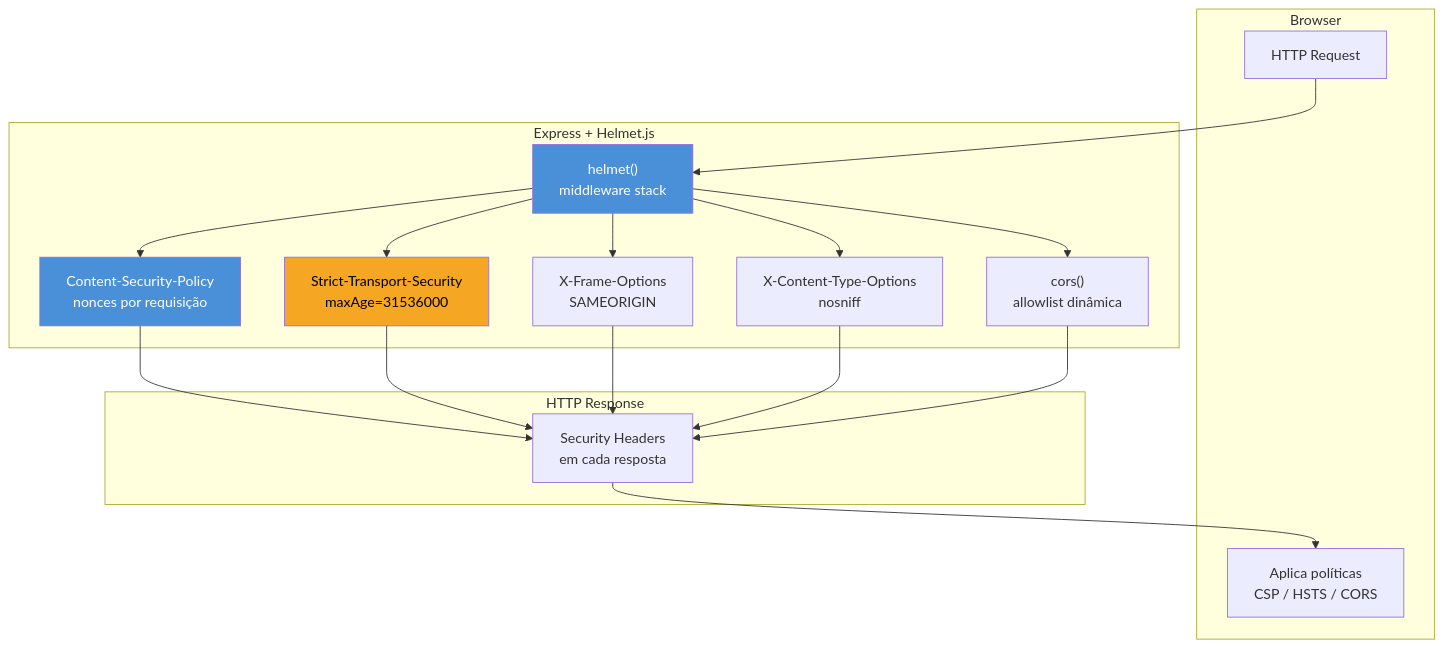
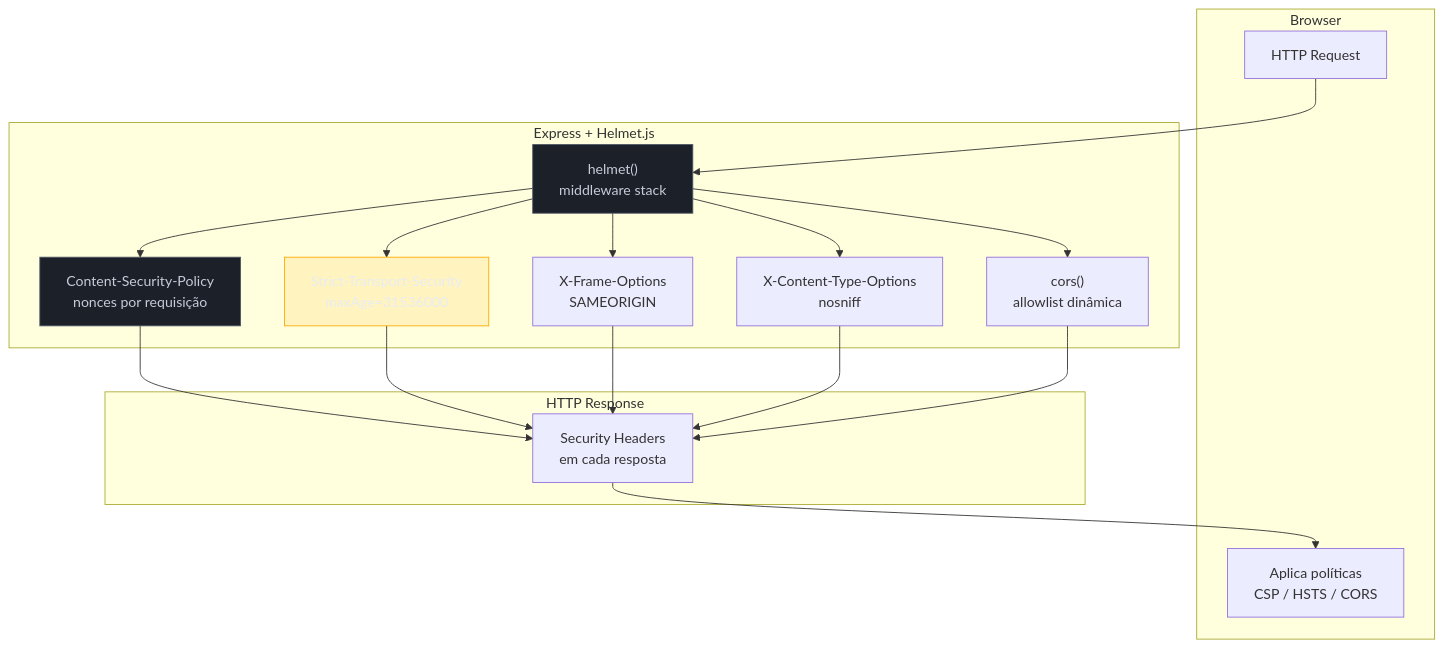
Before and after one commit to josenaldo/codex-technomanticus: the diagram in 03-Dominios/Tecnologia/Node/Segurança/08 - Helmet.js e hardening HTTP.md, drawn with Mermaid. The commit also changed 1181 other files, not shown here.

First line of the commit message:
fix(diagramas): paleta do sistema no lugar de cor cravada no markdown

````diff
--- a/03-Dominios/Tecnologia/Node/Segurança/08 - Helmet.js e hardening HTTP.md
+++ b/03-Dominios/Tecnologia/Node/Segurança/08 - Helmet.js e hardening HTTP.md
@@ -27,30 +27,32 @@
 ```mermaid
 flowchart TD
+    classDef neutro fill:#1B2029,stroke:#4E5666,color:#C6CCD8
+    classDef destaque fill:#FFAA0024,stroke:#FFAA00,color:#E9ECF2
     subgraph CLIENT ["Browser"]
         REQ["HTTP Request"]
         POLICY["Aplica políticas\nCSP / HSTS / CORS"]
     end
 
     subgraph EXPRESS ["Express + Helmet.js"]
         HELMET["helmet()\nmiddleware stack"]
         CSP["Content-Security-Policy\nnonces por requisição"]
         HSTS["Strict-Transport-Security\nmaxAge=31536000"]
         XFO["X-Frame-Options\nSAMEORIGIN"]
         XCT["X-Content-Type-Options\nnosniff"]
         CORS_MW["cors()\nallowlist dinâmica"]
     end
 
     subgraph RESPONSE ["HTTP Response"]
         HEADERS["Security Headers\nem cada resposta"]
     end
 
     REQ --> HELMET
     HELMET --> CSP & HSTS & XFO & XCT
     HELMET --> CORS_MW
     CSP & HSTS & XFO & XCT & CORS_MW --> HEADERS
     HEADERS --> POLICY
 
-    style HELMET fill:#4A90D9,color:#fff
-    style CSP fill:#4A90D9,color:#fff
-    style HSTS fill:#F5A623,color:#000
+    class HELMET neutro
+    class CSP neutro
+    class HSTS destaque
 ```
````
